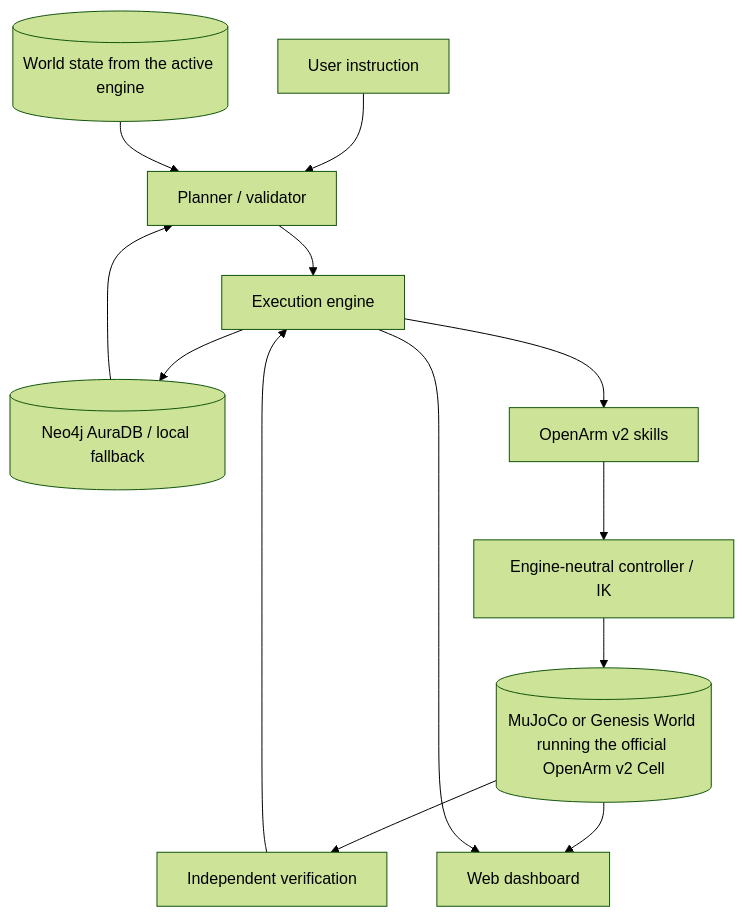
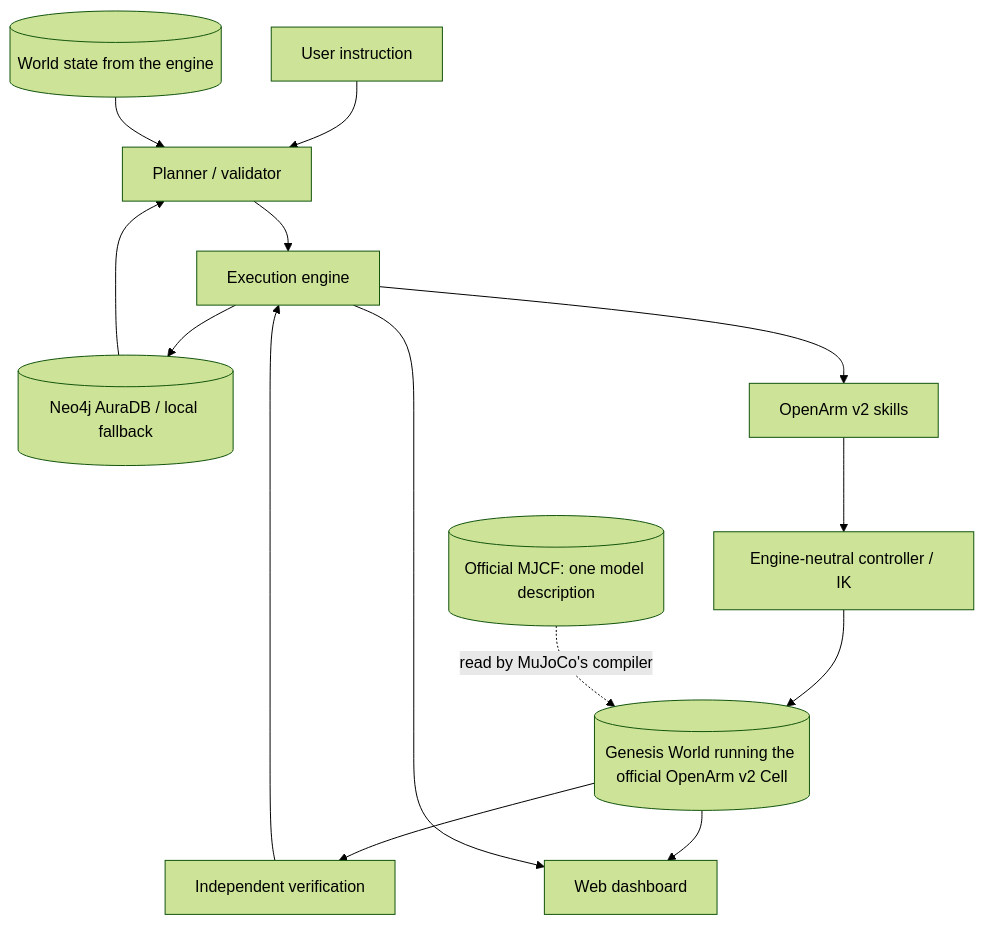
One commit to syun88/Sim-Agent changed the diagram in README.md. Above: the diagram before and after it, drawn with Mermaid (forest theme). The commit also changed other lines of this file and 21 other files, not shown here.

````diff
--- a/README.md
+++ b/README.md
@@ -143,15 +166,16 @@
 ```mermaid
 flowchart TD
   U[User instruction] --> P[Planner / validator]
-  W[(World state from the active engine)] --> P
+  W[(World state from the engine)] --> P
   M[(Neo4j AuraDB / local fallback)] --> P
   P --> E[Execution engine]
   E --> S[OpenArm v2 skills]
   S --> C[Engine-neutral controller / IK]
-  C --> Q[(MuJoCo or Genesis World running the official OpenArm v2 Cell)]
+  C --> Q[(Genesis World running the official OpenArm v2 Cell)]
   Q --> V[Independent verification]
   V --> E
   E --> M
   Q --> F[Web dashboard]
   E --> F
+  MD[(Official MJCF: one model description)] -.->|read by MuJoCo's compiler| Q
 ```
````
